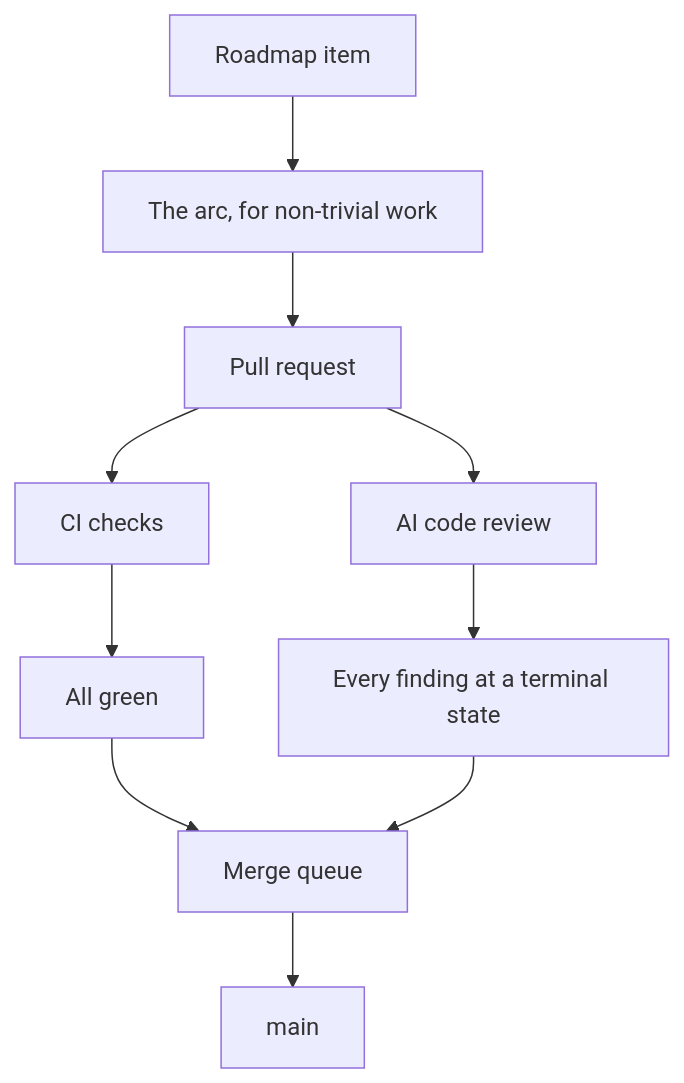
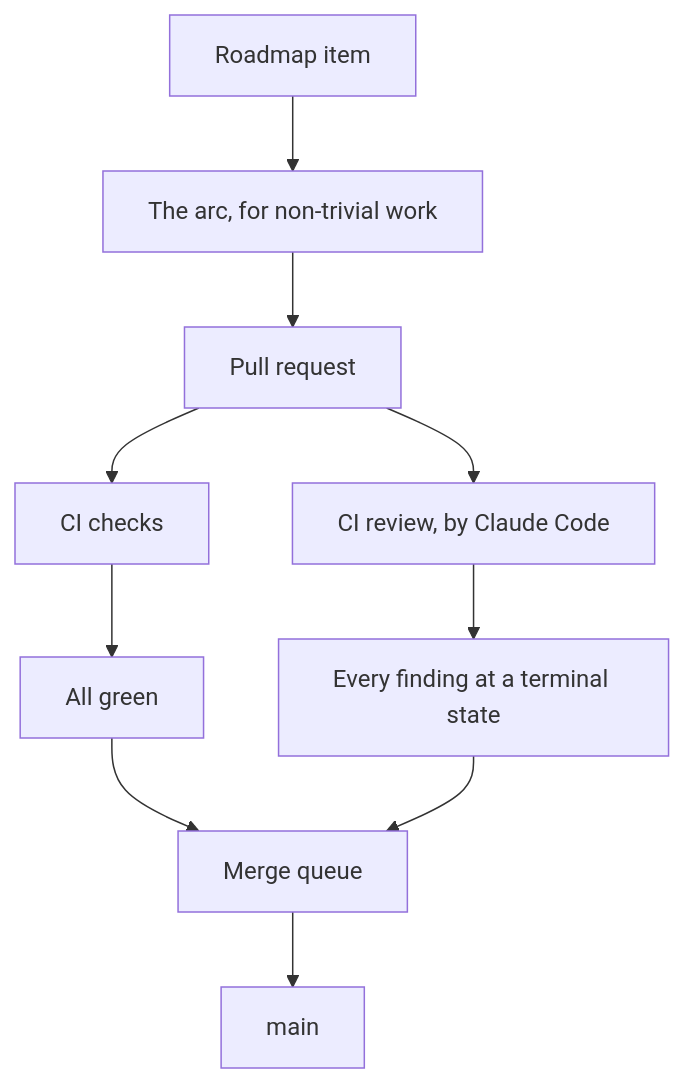
The diagram in docs/HOW-WE-BUILD.md (pixtuoid/pixtuoid), drawn with Mermaid before and after one commit. The commit also changed other lines of this file and 9 other files, not shown here.

First line of the commit message:
refactor(site): a flow figure is static, with no play control

````diff
--- a/docs/HOW-WE-BUILD.md
+++ b/docs/HOW-WE-BUILD.md
@@ -37,10 +37,10 @@
 ```mermaid
 flowchart TB
   accTitle: A change's path to main
   accDescr: A Roadmap item goes, through the arc when the work is non-trivial, to a pull request; its checks must pass and every review finding must reach a terminal state before the merge queue lands it on main.
   P[Roadmap item] --> A[The arc, for non-trivial work] --> PR[Pull request]
   PR --> C[CI checks] --> G[All green]
-  PR --> R[AI code review] --> T[Every finding at a terminal state]
+  PR --> R[CI review, by Claude Code] --> T[Every finding at a terminal state]
   G --> Q[Merge queue]
   T --> Q --> M[main]
 ```
````
